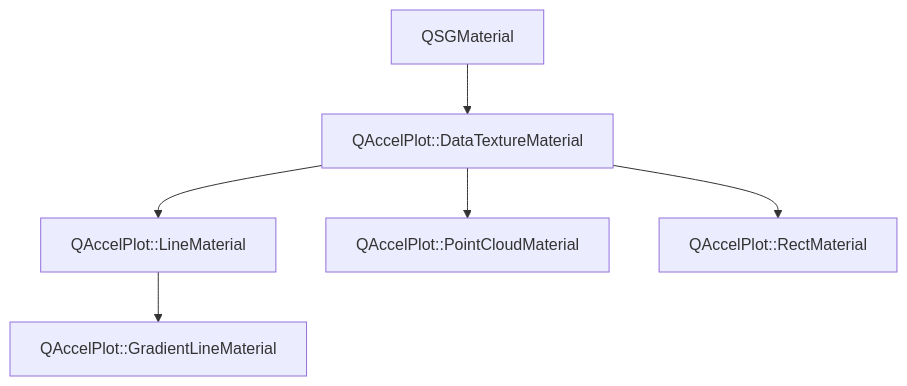
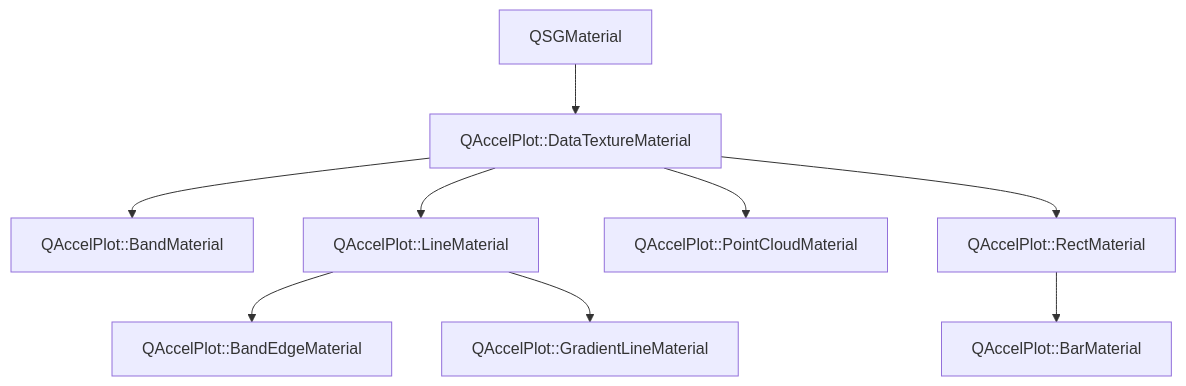
One commit to michalgrabarczyk/QAccelPlot changed the diagram in latest/assets/.doxy/QAccelPlot/api/classQAccelPlot_1_1DataTextureMaterial.md. Above: the diagram before and after it, drawn with Mermaid. The commit also changed other lines of this file and 2920 other files, not shown here.

````diff
--- a/latest/assets/.doxy/QAccelPlot/api/classQAccelPlot_1_1DataTextureMaterial.md
+++ b/latest/assets/.doxy/QAccelPlot/api/classQAccelPlot_1_1DataTextureMaterial.md
@@ -32,24 +32,36 @@
 ```mermaid
 flowchart TB
   classQAccelPlot_1_1DataTextureMaterial["QAccelPlot::DataTextureMaterial"]
 
   external_base_classQAccelPlot_1_1DataTextureMaterial_1["QSGMaterial"]
   external_base_classQAccelPlot_1_1DataTextureMaterial_1 --> classQAccelPlot_1_1DataTextureMaterial
 
+  classQAccelPlot_1_1BandMaterial["QAccelPlot::BandMaterial"]
+  classQAccelPlot_1_1DataTextureMaterial --> classQAccelPlot_1_1BandMaterial
+  click classQAccelPlot_1_1BandMaterial "../classQAccelPlot_1_1BandMaterial/" "Open QAccelPlot::BandMaterial"
+
   classQAccelPlot_1_1LineMaterial["QAccelPlot::LineMaterial"]
   classQAccelPlot_1_1DataTextureMaterial --> classQAccelPlot_1_1LineMaterial
   click classQAccelPlot_1_1LineMaterial "../classQAccelPlot_1_1LineMaterial/" "Open QAccelPlot::LineMaterial"
+
+  classQAccelPlot_1_1BandEdgeMaterial["QAccelPlot::BandEdgeMaterial"]
+  classQAccelPlot_1_1LineMaterial --> classQAccelPlot_1_1BandEdgeMaterial
+  click classQAccelPlot_1_1BandEdgeMaterial "../classQAccelPlot_1_1BandEdgeMaterial/" "Open QAccelPlot::BandEdgeMaterial"
 
   classQAccelPlot_1_1GradientLineMaterial["QAccelPlot::GradientLineMaterial"]
   classQAccelPlot_1_1LineMaterial --> classQAccelPlot_1_1GradientLineMaterial
   click classQAccelPlot_1_1GradientLineMaterial "../classQAccelPlot_1_1GradientLineMaterial/" "Open QAccelPlot::GradientLineMaterial"
 
   classQAccelPlot_1_1PointCloudMaterial["QAccelPlot::PointCloudMaterial"]
   classQAccelPlot_1_1DataTextureMaterial --> classQAccelPlot_1_1PointCloudMaterial
   click classQAccelPlot_1_1PointCloudMaterial "../classQAccelPlot_1_1PointCloudMaterial/" "Open QAccelPlot::PointCloudMaterial"
 
   classQAccelPlot_1_1RectMaterial["QAccelPlot::RectMaterial"]
   classQAccelPlot_1_1DataTextureMaterial --> classQAccelPlot_1_1RectMaterial
   click classQAccelPlot_1_1RectMaterial "../classQAccelPlot_1_1RectMaterial/" "Open QAccelPlot::RectMaterial"
 
+  classQAccelPlot_1_1BarMaterial["QAccelPlot::BarMaterial"]
+  classQAccelPlot_1_1RectMaterial --> classQAccelPlot_1_1BarMaterial
+  click classQAccelPlot_1_1BarMaterial "../classQAccelPlot_1_1BarMaterial/" "Open QAccelPlot::BarMaterial"
+
 ```
````
